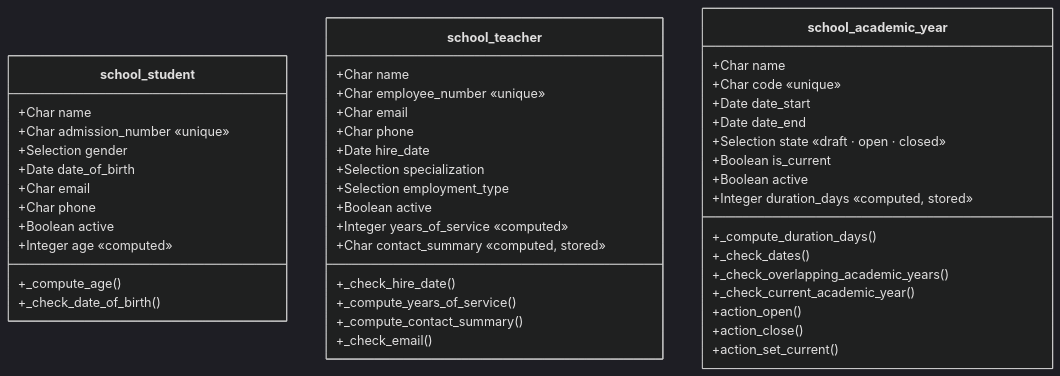
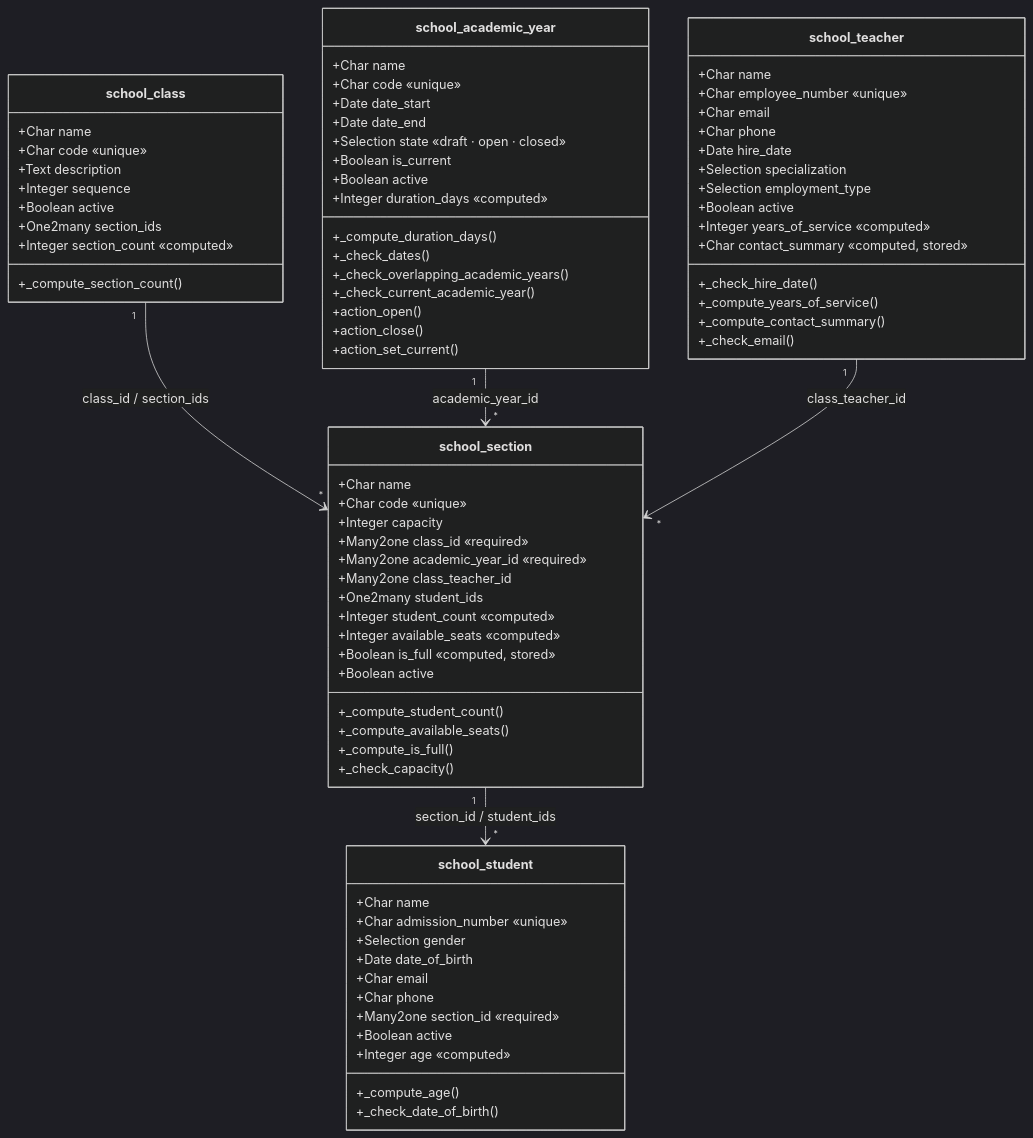
Before and after one commit to Ahmed-Samy-Omran/school_management: the second of 6 diagrams in README.md, drawn with Mermaid (dark theme). The commit also changed other lines of this file and 9 other files, not shown here.

````diff
--- a/README.md
+++ b/README.md
@@ -94,6 +119,7 @@
         +Date date_of_birth
         +Char email
         +Char phone
+        +Many2one section_id «required»
         +Boolean active
         +Integer age «computed»
         +_compute_age()
@@ -125,7 +151,7 @@
         +Selection state «draft · open · closed»
         +Boolean is_current
         +Boolean active
-        +Integer duration_days «computed, stored»
+        +Integer duration_days «computed»
         +_compute_duration_days()
         +_check_dates()
         +_check_overlapping_academic_years()
@@ -134,4 +160,38 @@
         +action_close()
         +action_set_current()
     }
+
+    class school_class {
+        +Char name
+        +Char code «unique»
+        +Text description
+        +Integer sequence
+        +Boolean active
+        +One2many section_ids
+        +Integer section_count «computed»
+        +_compute_section_count()
+    }
+
+    class school_section {
+        +Char name
+        +Char code «unique»
+        +Integer capacity
+        +Many2one class_id «required»
+        +Many2one academic_year_id «required»
+        +Many2one class_teacher_id
+        +One2many student_ids
+        +Integer student_count «computed»
+        +Integer available_seats «computed»
+        +Boolean is_full «computed, stored»
+        +Boolean active
+        +_compute_student_count()
+        +_compute_available_seats()
+        +_compute_is_full()
+        +_check_capacity()
+    }
+
+    school_class "1" --> "*" school_section : class_id / section_ids
+    school_academic_year "1" --> "*" school_section : academic_year_id
+    school_teacher "1" --> "*" school_section : class_teacher_id
+    school_section "1" --> "*" school_student : section_id / student_ids
 ```
````
